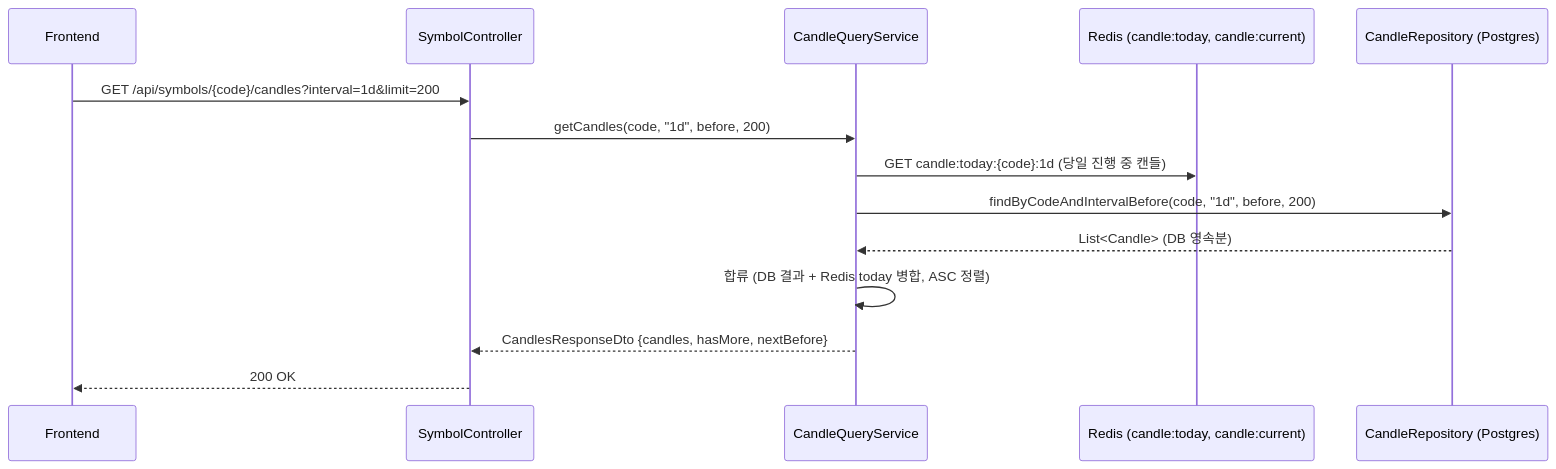
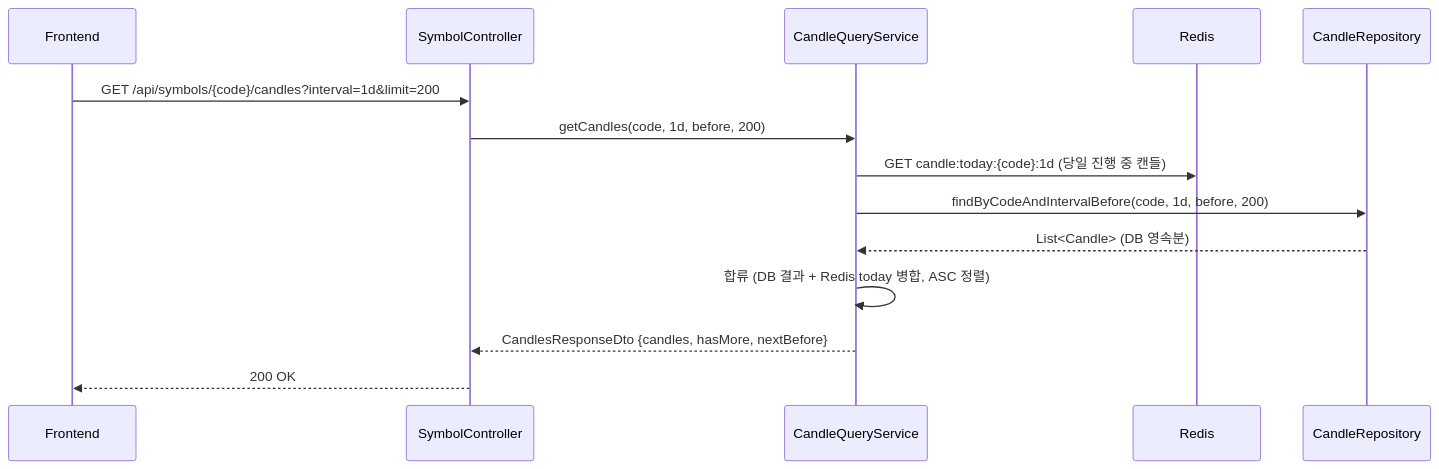
Before and after one commit to sp-daewoon/magicJar: the second of 12 diagrams in _workspace/baseline/v3.1.0/02-data-flow.md, drawn with Mermaid. The commit also changed other lines of this file and 9 other files, not shown here.

First line of the commit message:
fix(baseline+script): Mermaid 10 syntax error 일괄 정정

````diff
--- a/_workspace/baseline/v3.1.0/02-data-flow.md
+++ b/_workspace/baseline/v3.1.0/02-data-flow.md
@@ -70,17 +70,17 @@
 ```mermaid
 sequenceDiagram
     participant FE as Frontend
     participant CTRL as SymbolController
     participant CQS as CandleQueryService
-    participant REDIS as Redis (candle:today, candle:current)
-    participant REPO as CandleRepository (Postgres)
+    participant REDIS as Redis
+    participant REPO as CandleRepository
 
     FE->>CTRL: GET /api/symbols/{code}/candles?interval=1d&limit=200
-    CTRL->>CQS: getCandles(code, "1d", before, 200)
+    CTRL->>CQS: getCandles(code, 1d, before, 200)
     CQS->>REDIS: GET candle:today:{code}:1d (당일 진행 중 캔들)
-    CQS->>REPO: findByCodeAndIntervalBefore(code, "1d", before, 200)
+    CQS->>REPO: findByCodeAndIntervalBefore(code, 1d, before, 200)
     REPO-->>CQS: List<Candle> (DB 영속분)
     CQS->>CQS: 합류 (DB 결과 + Redis today 병합, ASC 정렬)
     CQS-->>CTRL: CandlesResponseDto {candles, hasMore, nextBefore}
     CTRL-->>FE: 200 OK
 ```
````
